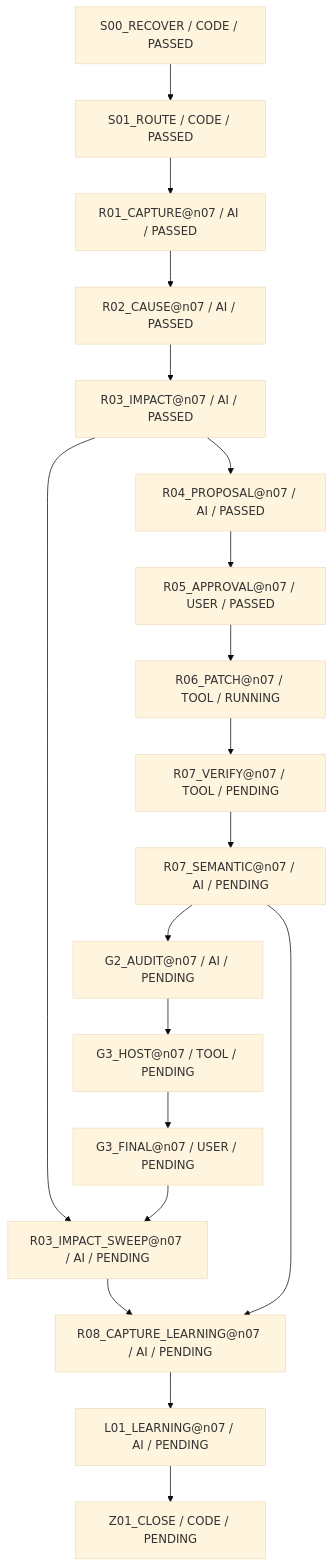
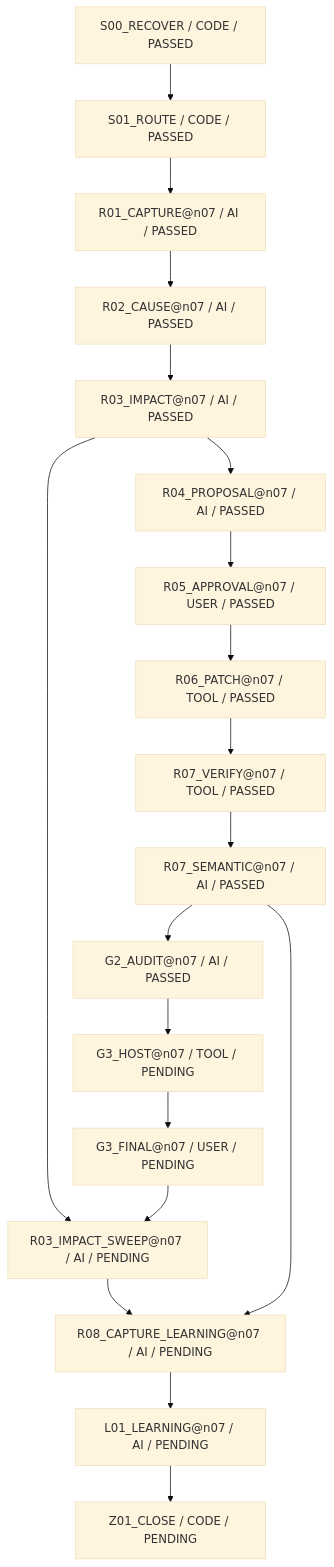
Before and after one commit to rrikunagasige-dot/kyotsu-step-web: the diagram in work/items/W-MATH-032-n07-semantic-repair/generated/BLOCK_FIRE_DIAGRAM.md, drawn with Mermaid (base theme). The commit also changed other lines of this file and 60 other files, not shown here.

Commit message:
docs(N07): record actual semantic UI audit and publication checkpoint [skip ci]

````diff
--- a/work/items/W-MATH-032-n07-semantic-repair/generated/BLOCK_FIRE_DIAGRAM.md
+++ b/work/items/W-MATH-032-n07-semantic-repair/generated/BLOCK_FIRE_DIAGRAM.md
@@ -5,38 +5,38 @@
 ```mermaid
 flowchart TD
   N0["S00_RECOVER / CODE / PASSED"]
   N1["S01_ROUTE / CODE / PASSED"]
   N2["R01_CAPTURE@n07 / AI / PASSED"]
   N3["R02_CAUSE@n07 / AI / PASSED"]
   N4["R03_IMPACT@n07 / AI / PASSED"]
   N5["R04_PROPOSAL@n07 / AI / PASSED"]
   N6["R05_APPROVAL@n07 / USER / PASSED"]
-  N7["R06_PATCH@n07 / TOOL / RUNNING"]
-  N8["R07_VERIFY@n07 / TOOL / PENDING"]
-  N9["R07_SEMANTIC@n07 / AI / PENDING"]
-  N10["G2_AUDIT@n07 / AI / PENDING"]
+  N7["R06_PATCH@n07 / TOOL / PASSED"]
+  N8["R07_VERIFY@n07 / TOOL / PASSED"]
+  N9["R07_SEMANTIC@n07 / AI / PASSED"]
+  N10["G2_AUDIT@n07 / AI / PASSED"]
   N11["G3_HOST@n07 / TOOL / PENDING"]
   N12["G3_FINAL@n07 / USER / PENDING"]
   N13["R03_IMPACT_SWEEP@n07 / AI / PENDING"]
   N14["R08_CAPTURE_LEARNING@n07 / AI / PENDING"]
   N15["L01_LEARNING@n07 / AI / PENDING"]
   N16["Z01_CLOSE / CODE / PENDING"]
   N10 --> N11
   N12 --> N13
   N11 --> N12
   N15 --> N16
   N2 --> N3
   N3 --> N4
   N4 --> N13
   N4 --> N5
   N13 --> N14
   N5 --> N6
   N6 --> N7
   N7 --> N8
   N9 --> N10
   N9 --> N14
   N8 --> N9
   N14 --> N15
   N0 --> N1
   N1 --> N2
 ```
````
